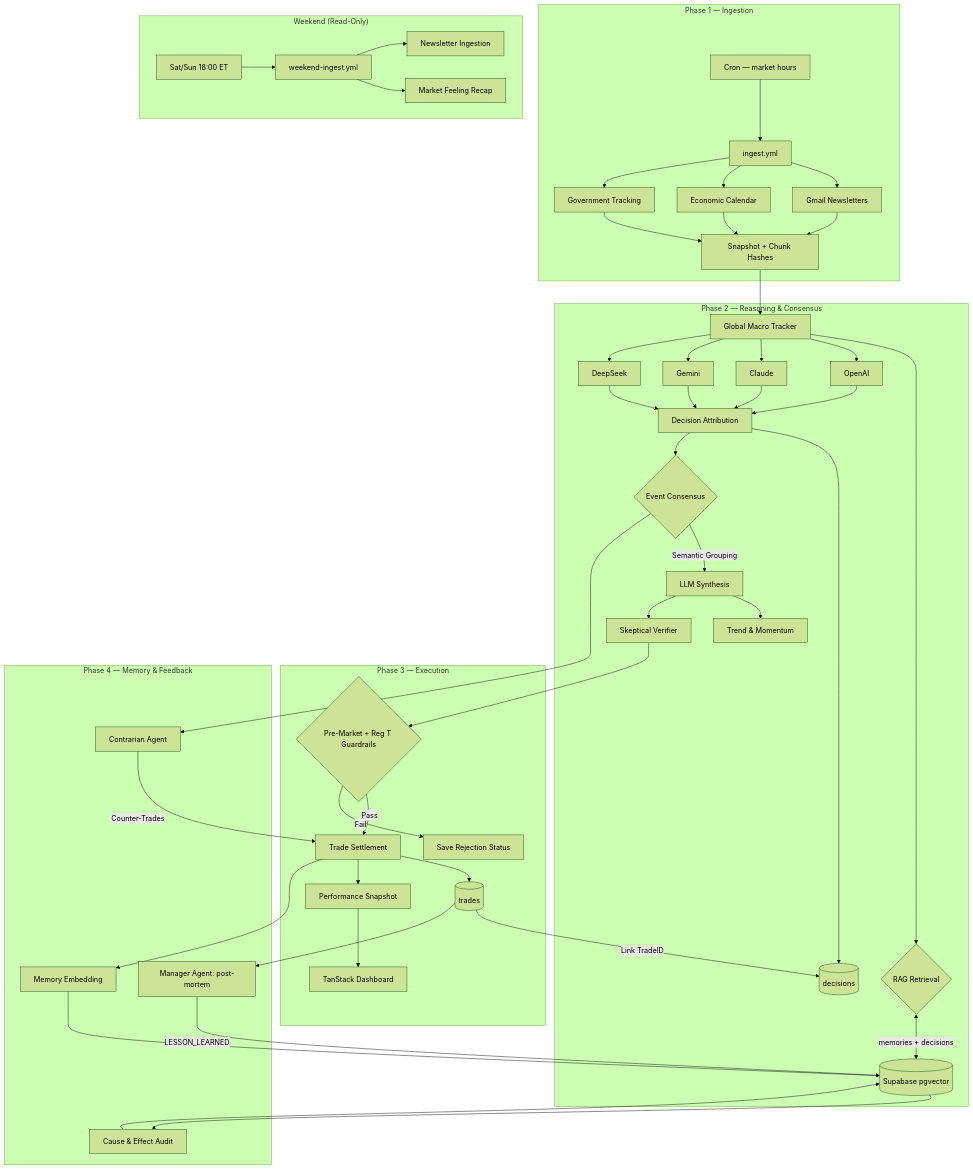
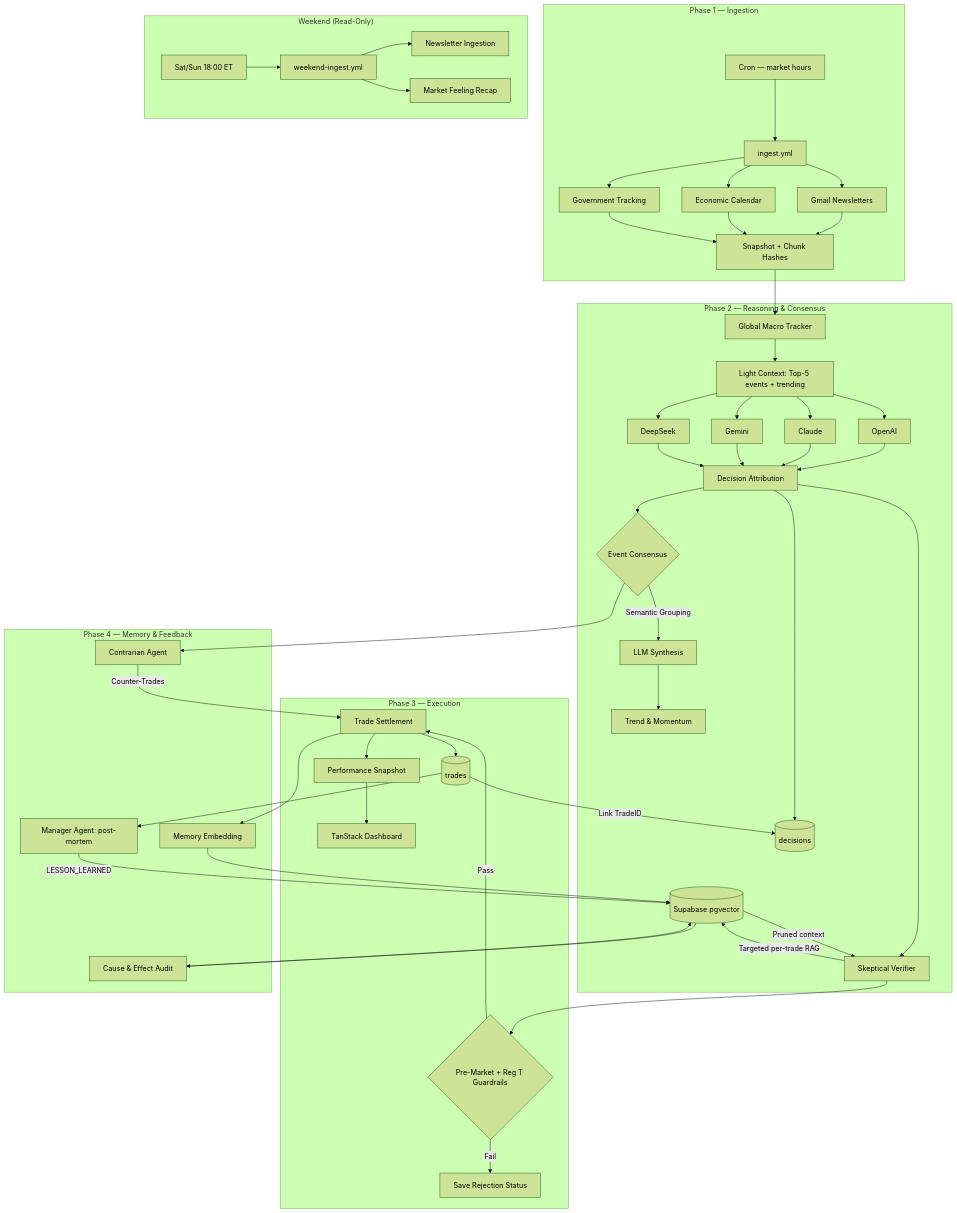
The diagram in docs/Overview.md (g-vega-cl/llm-market-bench), drawn with Mermaid (forest theme) before and after one commit. The commit also changed other lines of this file and 10 other files, not shown here.

````diff
--- a/docs/Overview.md
+++ b/docs/Overview.md
@@ -25,50 +25,51 @@
 ```mermaid
 graph TD
     subgraph "Phase 1 — Ingestion"
         CRON[Cron — market hours] --> INGEST[ingest.yml]
         INGEST --> A[Gmail Newsletters]
         INGEST --> CAL[Economic Calendar]
         INGEST --> GOV[Government Tracking]
         A & CAL & GOV --> SNAP[Snapshot + Chunk Hashes]
     end
 
     subgraph "Phase 2 — Reasoning & Consensus"
         SNAP --> GMT[Global Macro Tracker]
-        GMT --> RAG{RAG Retrieval}
-        RAG <-->|memories + decisions| V[(Supabase pgvector)]
-        GMT --> D1[OpenAI] & D2[Claude] & D3[Gemini] & D4[DeepSeek]
+        GMT --> LITE[Light Context: Top-5 events + trending]
+        LITE --> D1[OpenAI] & D2[Claude] & D3[Gemini] & D4[DeepSeek]
         D1 & D2 & D3 & D4 --> ATTR[Decision Attribution]
         ATTR --> DB[(decisions)]
         ATTR --> CP{Event Consensus}
         CP -->|Semantic Grouping| SYN[LLM Synthesis]
         SYN --> TM[Trend & Momentum]
-        SYN --> VER[Skeptical Verifier]
+        ATTR --> VER[Skeptical Verifier]
+        VER -->|Targeted per-trade RAG| V[(Supabase pgvector)]
+        V -->|Pruned context| VER
     end
 
     subgraph "Phase 3 — Execution"
         VER --> EG{Pre-Market + Reg T Guardrails}
         EG -->|Pass| EXEC[Trade Settlement]
         EG -->|Fail| REJ[Save Rejection Status]
         EXEC --> TR[(trades)]
         TR -->|Link TradeID| DB
         EXEC --> LS[Performance Snapshot]
         LS --> DASH[TanStack Dashboard]
     end
 
     subgraph "Phase 4 — Memory & Feedback"
         EXEC --> ME[Memory Embedding]
         ME --> V
         TR --> PM[Manager Agent: post-mortem]
         PM -->|LESSON_LEARNED| V
         CP --> CA[Contrarian Agent]
         CA -->|Counter-Trades| EXEC
         V --> CE[Cause & Effect Audit]
         CE --> V
     end
 
     subgraph "Weekend (Read-Only)"
         WCRON[Sat/Sun 18:00 ET] --> WK[weekend-ingest.yml]
         WK --> WKNEWS[Newsletter Ingestion]
         WK --> WKMF[Market Feeling Recap]
     end
 ```
````
